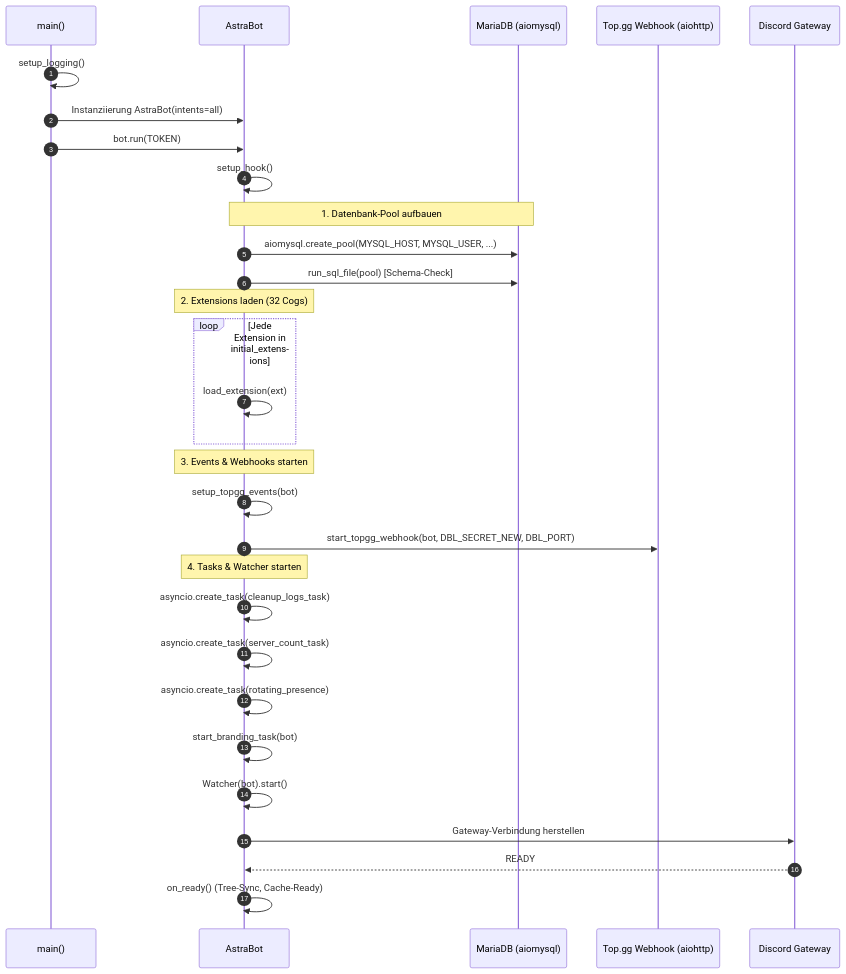
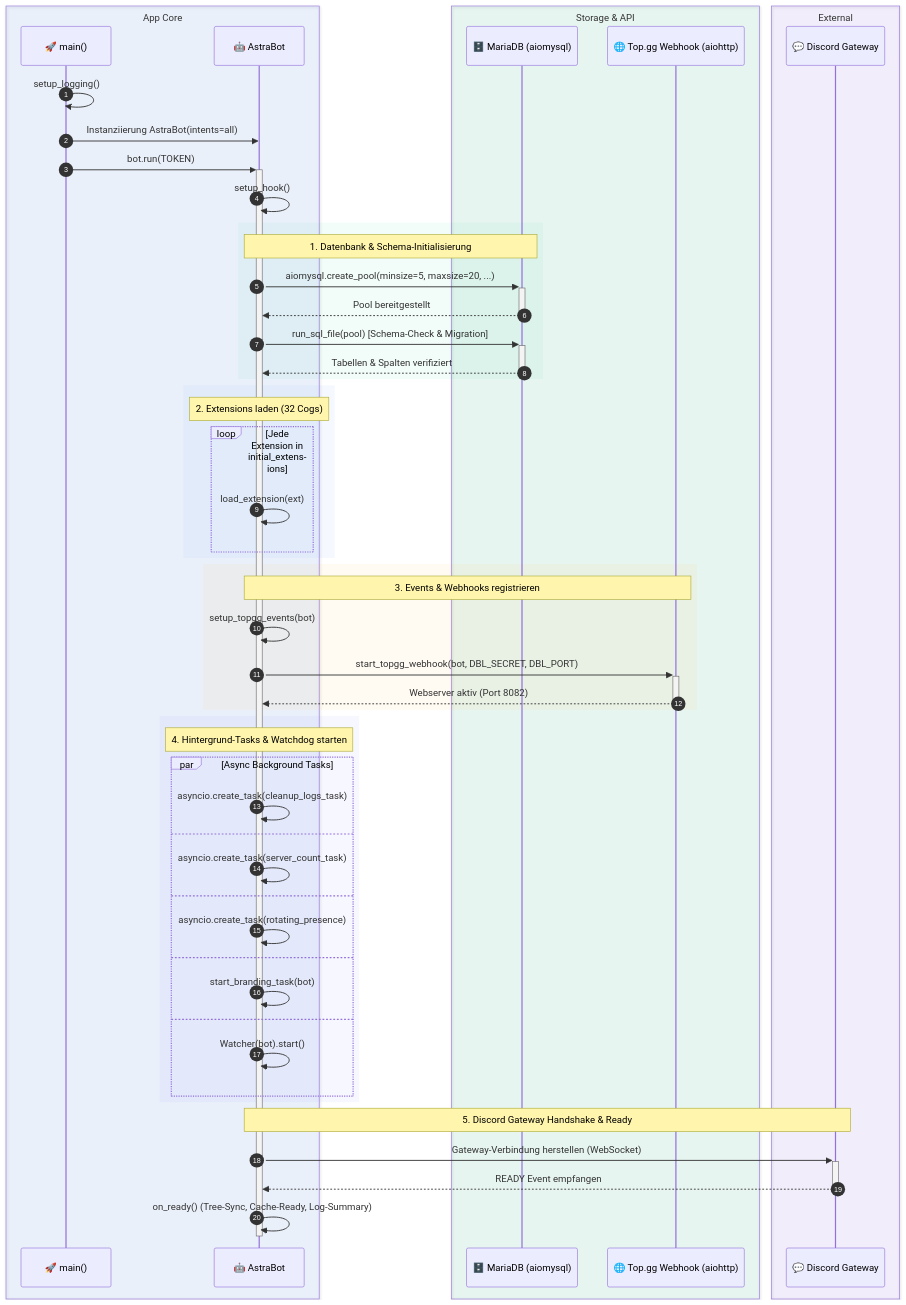
Before and after one commit to Philu2005/Astra: the first of 4 diagrams in docs/ARCHITECTURE.md, drawn with Mermaid. The commit also changed other lines of this file, not shown here.

````diff
--- a/docs/ARCHITECTURE.md
+++ b/docs/ARCHITECTURE.md
@@ -159,33 +156,70 @@
 ```mermaid
 sequenceDiagram
     autonumber
-    participant Main as main()
-    participant Bot as AstraBot
-    participant DB as MariaDB (aiomysql)
-    participant Webhook as Top.gg Webhook (aiohttp)
-    participant Discord as Discord Gateway
 
+    box rgba(59, 130, 246, 0.08) App Core
+        participant Main as 🚀 main()
+        participant Bot as 🤖 AstraBot
+    end
+
+    box rgba(16, 185, 129, 0.08) Storage & API
+        participant DB as 🗄️ MariaDB (aiomysql)
+        participant Webhook as 🌐 Top.gg Webhook (aiohttp)
+    end
+
+    box rgba(139, 92, 246, 0.08) External
+        participant Discord as 💬 Discord Gateway
+    end
+
+    %% 1. Bootstrap
     Main->>Main: setup_logging()
     Main->>Bot: Instanziierung AstraBot(intents=all)
-    Main->>Bot: bot.run(TOKEN)
+    Main->>+Bot: bot.run(TOKEN)
+
+    %% 2. Setup Hook
     Bot->>Bot: setup_hook()
-    Note over Bot,DB: 1. Datenbank-Pool aufbauen
-    Bot->>DB: aiomysql.create_pool(MYSQL_HOST, MYSQL_USER, ...)
-    Bot->>DB: run_sql_file(pool) [Schema-Check]
-    Note over Bot: 2. Extensions laden (32 Cogs)
-    loop Jede Extension in initial_extensions
-        Bot->>Bot: load_extension(ext)
+    
+    rect rgba(16, 185, 129, 0.05)
+        Note over Bot,DB: 1. Datenbank & Schema-Initialisierung
+        Bot->>+DB: aiomysql.create_pool(minsize=5, maxsize=20, ...)
+        DB-->>-Bot: Pool bereitgestellt
+        Bot->>+DB: run_sql_file(pool) [Schema-Check & Migration]
+        DB-->>-Bot: Tabellen & Spalten verifiziert
     end
-    Note over Bot: 3. Events & Webhooks starten
-    Bot->>Bot: setup_topgg_events(bot)
-    Bot->>Webhook: start_topgg_webhook(bot, DBL_SECRET_NEW, DBL_PORT)
-    Note over Bot: 4. Tasks & Watcher starten
-    Bot->>Bot: asyncio.create_task(cleanup_logs_task)
-    Bot->>Bot: asyncio.create_task(server_count_task)
-    Bot->>Bot: asyncio.create_task(rotating_presence)
-    Bot->>Bot: start_branding_task(bot)
-    Bot->>Bot: Watcher(bot).start()
-    Bot->>Discord: Gateway-Verbindung herstellen
-    Discord-->>Bot: READY
-    Bot->>Bot: on_ready() (Tree-Sync, Cache-Ready)
+
+    rect rgba(59, 130, 246, 0.05)
+        Note over Bot: 2. Extensions laden (32 Cogs)
+        loop Jede Extension in initial_extensions
+            Bot->>Bot: load_extension(ext)
+        end
+    end
+
+    rect rgba(245, 158, 11, 0.05)
+        Note over Bot,Webhook: 3. Events & Webhooks registrieren
+        Bot->>Bot: setup_topgg_events(bot)
+        Bot->>+Webhook: start_topgg_webhook(bot, DBL_SECRET, DBL_PORT)
+        Webhook-->>-Bot: Webserver aktiv (Port 8082)
+    end
+
+    rect rgba(99, 102, 241, 0.05)
+        Note over Bot: 4. Hintergrund-Tasks & Watchdog starten
+        par Async Background Tasks
+            Bot->>Bot: asyncio.create_task(cleanup_logs_task)
+        and
+            Bot->>Bot: asyncio.create_task(server_count_task)
+        and
+            Bot->>Bot: asyncio.create_task(rotating_presence)
+        and
+            Bot->>Bot: start_branding_task(bot)
+        and
+            Bot->>Bot: Watcher(bot).start()
+        end
+    end
+
+    %% 3. Gateway Connect & Ready
+    Note over Bot,Discord: 5. Discord Gateway Handshake & Ready
+    Bot->>+Discord: Gateway-Verbindung herstellen (WebSocket)
+    Discord-->>-Bot: READY Event empfangen
+    Bot->>Bot: on_ready() (Tree-Sync, Cache-Ready, Log-Summary)
+    deactivate Bot
 ```
````
